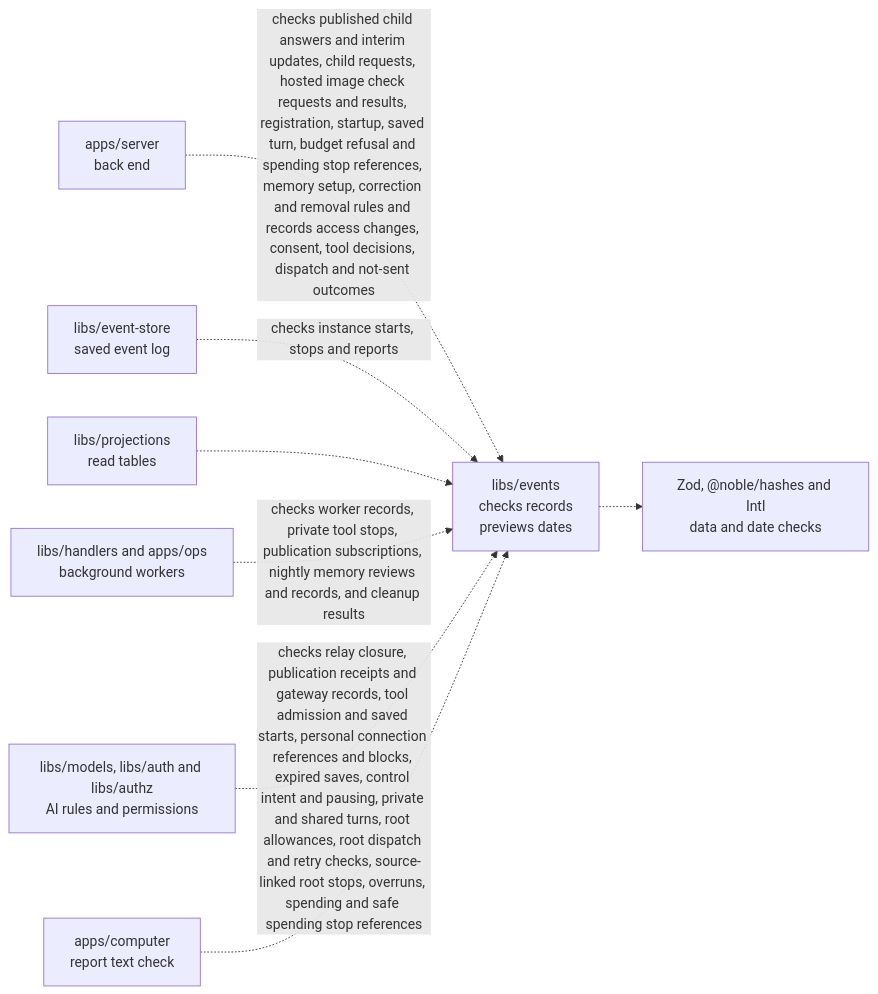
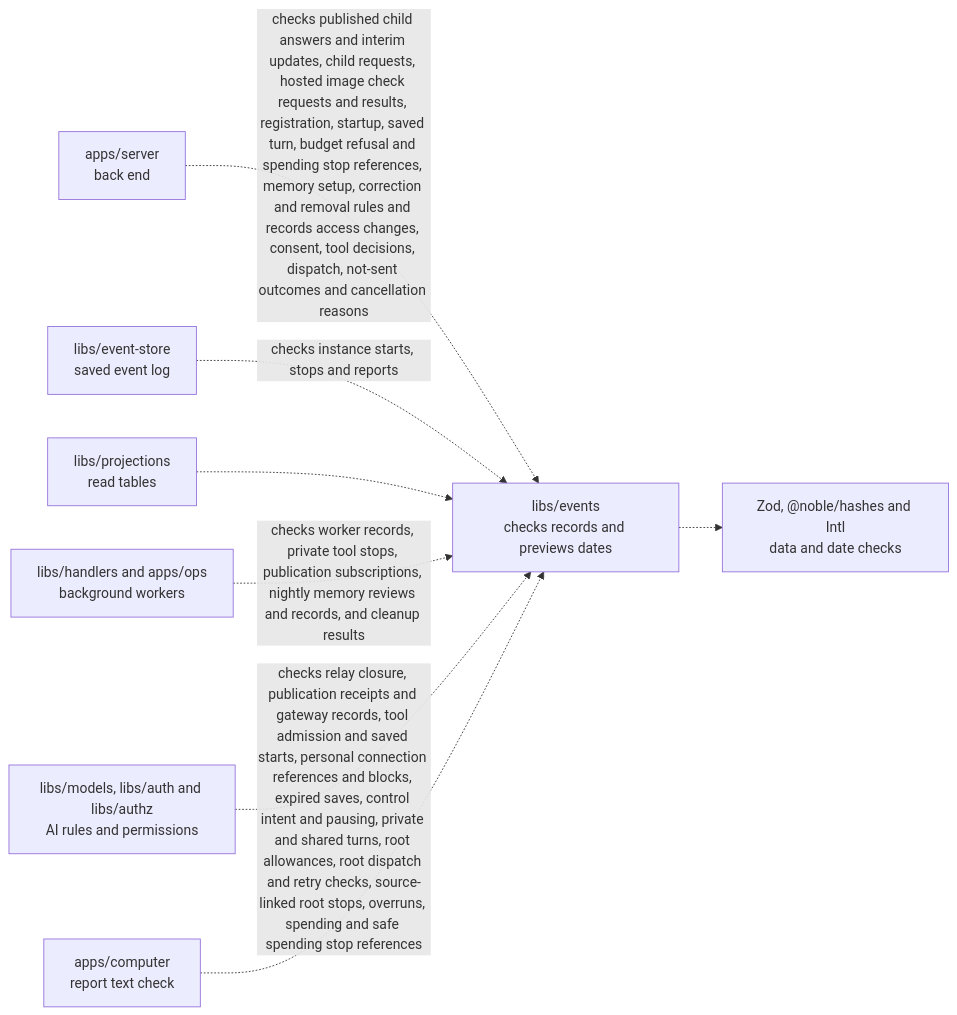
One commit to elewa-git/opencrane-new changed the diagram in libs/events/README.md. Above: the diagram before and after it, drawn with Mermaid. The commit also changed other lines of this file and 19 other files, not shown here.

Commit message:
📅 Keep saved approval dates and recorded cancellation causes

````diff
--- a/libs/events/README.md
+++ b/libs/events/README.md
@@ -27,10 +27,10 @@
 ```mermaid
 flowchart LR
-  server["apps/server<br/>back end"] -.->|checks published child answers and interim updates, child requests, hosted image check requests and results, registration, startup, saved turn, budget refusal and spending stop references, memory setup, correction and removal rules and records access changes, consent, tool decisions, dispatch and not-sent outcomes| events["libs/events<br/>checks records<br/>previews dates"]
+  server["apps/server<br/>back end"] -.->|checks published child answers and interim updates, child requests, hosted image check requests and results, registration, startup, saved turn, budget refusal and spending stop references, memory setup, correction and removal rules and records access changes, consent, tool decisions, dispatch, not-sent outcomes and cancellation reasons| events["libs/events<br/>checks records and previews dates"]
   store["libs/event-store<br/>saved event log"] -.->|checks instance starts, stops and reports| events
   projections["libs/projections<br/>read tables"] -.-> events
   workers["libs/handlers and apps/ops<br/>background workers"] -.->|checks worker records, private tool stops, publication subscriptions, nightly memory reviews and records, and cleanup results| events
   others["libs/models, libs/auth and libs/authz<br/>AI rules and permissions"] -.->|checks relay closure, publication receipts and gateway records, tool admission and saved starts, personal connection references and blocks, expired saves, control intent and pausing, private and shared turns, root allowances, root dispatch and retry checks, source-linked root stops, overruns, spending and safe spending stop references| events
   computer["apps/computer<br/>report text check"] -.-> events
   events -.-> checks["Zod, @noble/hashes and Intl<br/>data and date checks"]
 ```
````
